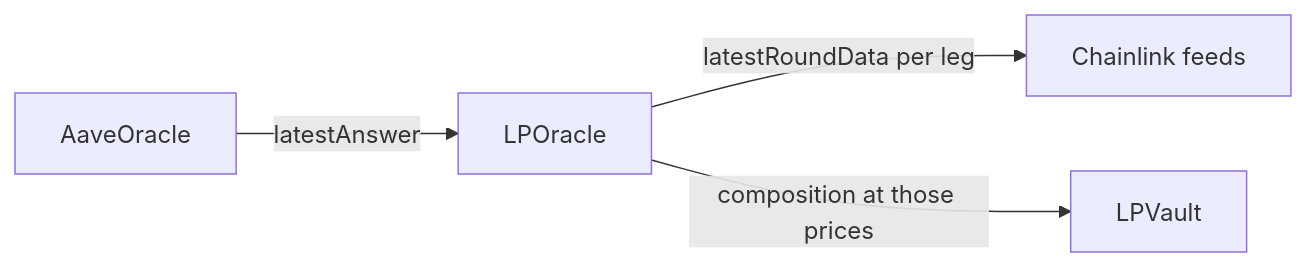
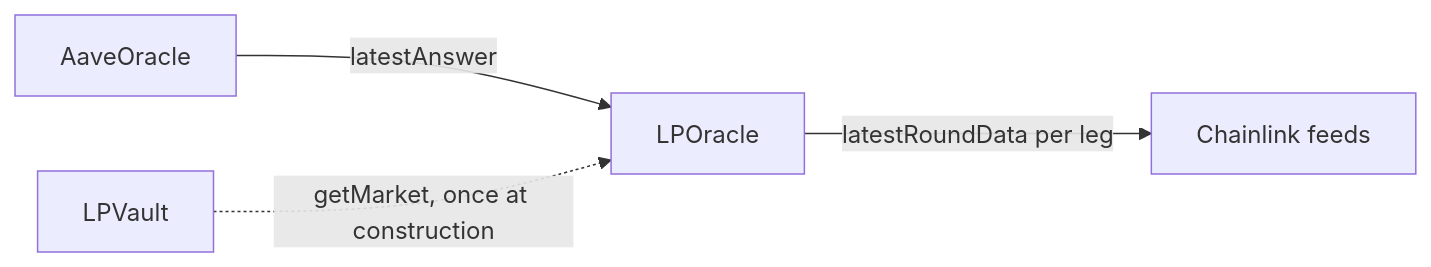
The diagram in contracts/src/oracle/LIFECYCLE.md (Avana-Labs/avana-monorepo), drawn with Mermaid before and after one commit. The commit also changed other lines of this file and 4 other files, not shown here.

````diff
--- a/contracts/src/oracle/LIFECYCLE.md
+++ b/contracts/src/oracle/LIFECYCLE.md
@@ -12,6 +12,6 @@
 ```mermaid
 flowchart LR
   Aave[AaveOracle] -->|latestAnswer| O[LPOracle]
   O -->|latestRoundData per leg| C[Chainlink feeds]
-  O -->|composition at those prices| V[LPVault]
+  V[LPVault] -.->|getMarket, once at construction| O
 ```
````
